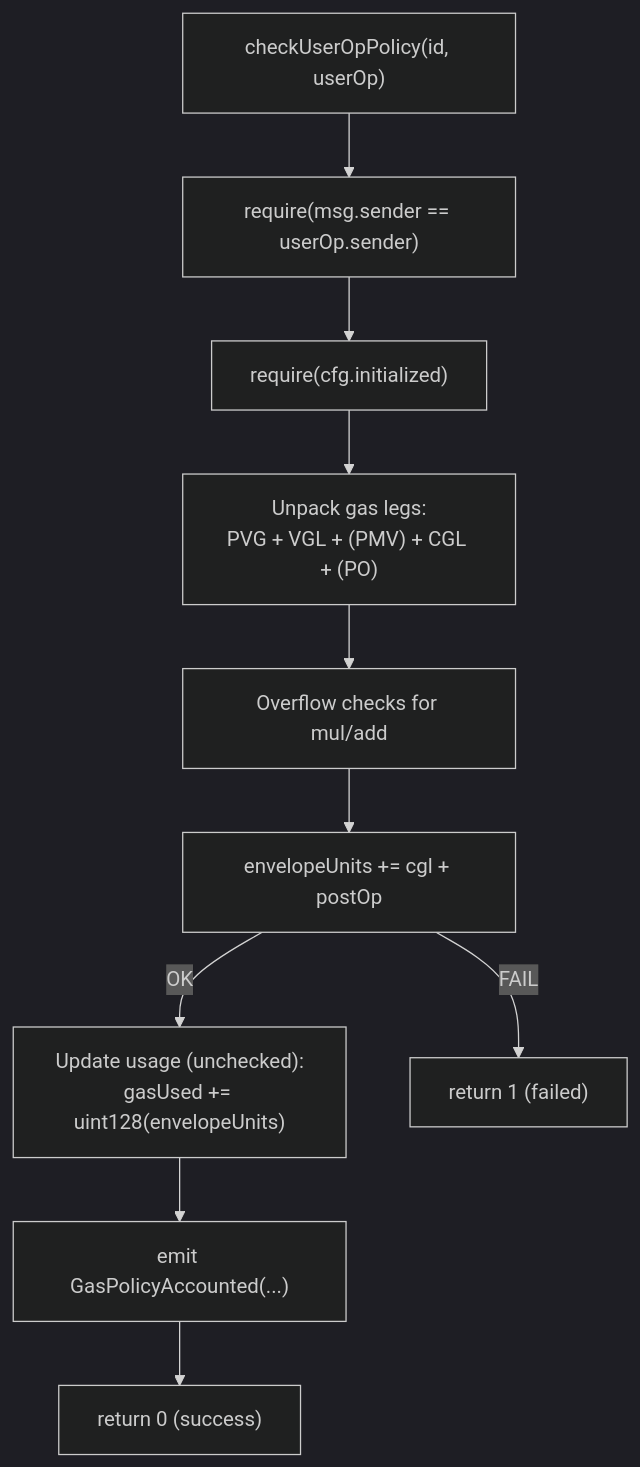
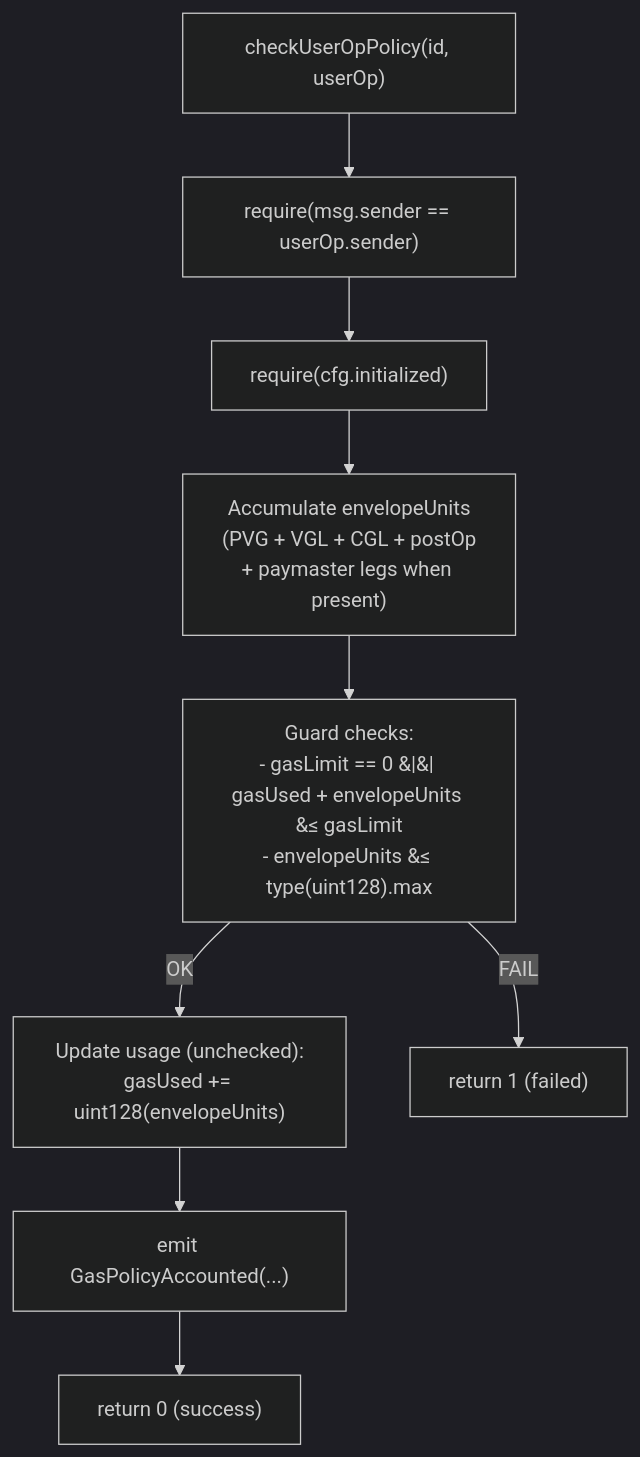
One commit to openfort-xyz/openfort-7702-account changed the fifth of 5 diagrams in docs/GasPolicy.md. Above: the diagram before and after it, drawn with Mermaid (dark theme). The commit also changed other lines of this file, not shown here.

Commit message:
(docs) fix docs/GasPolicy.md

````diff
--- a/docs/GasPolicy.md
+++ b/docs/GasPolicy.md
@@ -118,17 +112,16 @@
 ```mermaid
 flowchart TD
   Start["checkUserOpPolicy(id, userOp)"]
   Sender["require(msg.sender == userOp.sender)"]
   Init["require(cfg.initialized)"]
-  Unpack["Unpack gas legs:<br/>PVG + VGL + (PMV) + CGL + (PO)"]
-  Guards["envelopeUnits += cgl + postOp"]
-  Overflow["Overflow checks for mul/add"]
+  Aggregate["Accumulate envelopeUnits<br/>(PVG + VGL + CGL + postOp<br/>+ paymaster legs when present)"]
+  Guards["Guard checks:<br/>- gasLimit == 0 &#124;&#124; gasUsed + envelopeUnits &#8804; gasLimit<br/>- envelopeUnits &#8804; type(uint128).max"]
   Account["Update usage (unchecked):<br/>gasUsed += uint128(envelopeUnits)"]
   Emit["emit GasPolicyAccounted(...)"]
   Ok["return 0 (success)"]
   Fail["return 1 (failed)"]
 
-  Start --> Sender --> Init --> Unpack --> Overflow --> Guards
+  Start --> Sender --> Init --> Aggregate --> Guards
   Guards -- OK --> Account --> Emit --> Ok
   Guards -- FAIL --> Fail
 ```
````
